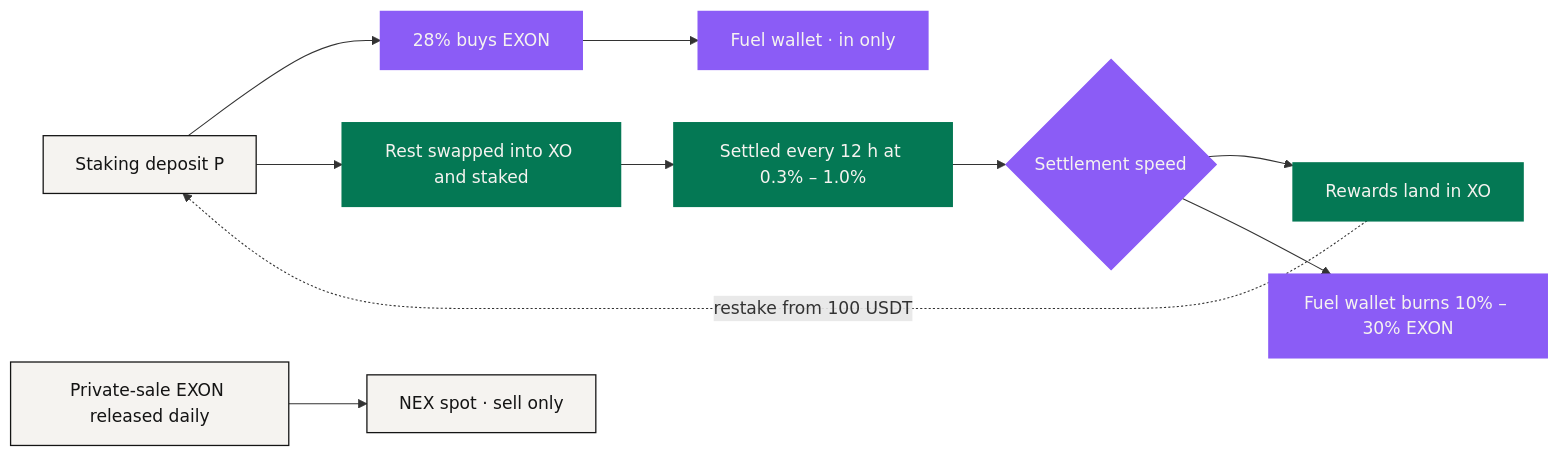
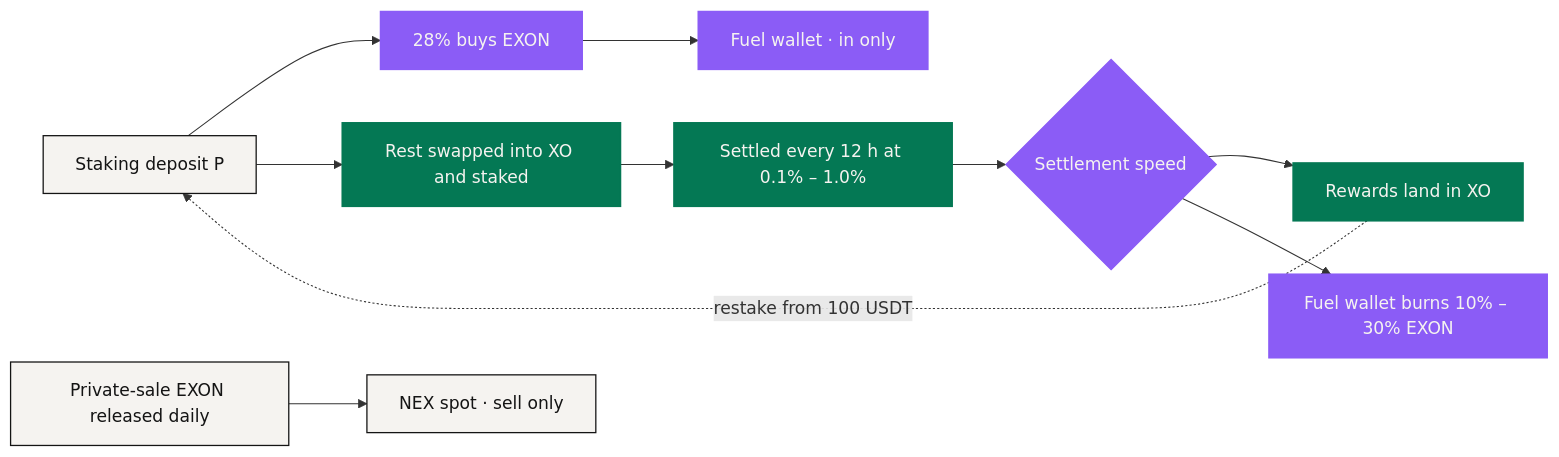
One commit to NEXONMarkets/NEXON-Whitepaper changed the diagram in docs/en/05-tokenomics/value-flows.md. Above: the diagram before and after it, drawn with Mermaid. The commit also changed other lines of this file and 32 other files, not shown here.

````diff
--- a/docs/en/05-tokenomics/value-flows.md
+++ b/docs/en/05-tokenomics/value-flows.md
@@ -68,18 +68,18 @@
 ```mermaid
 flowchart LR
     P["Staking deposit P"] --> B["28% buys EXON"]
     P --> S["Rest swapped into XO and staked"]
     B --> W["Fuel wallet · in only"]
-    S --> R["Settled every 12 h at 0.3% – 1.0%"]
+    S --> R["Settled every 12 h at 0.1% – 1.0%"]
     R --> C{"Settlement speed"}
     C --> N["Rewards land in XO"]
     C --> X["Fuel wallet burns 10% – 30% EXON"]
     N -. "restake from 100 USDT" .-> P
     V["Private-sale EXON released daily"] --> M["NEX spot · sell only"]
     classDef anchor fill:#047854,stroke:#047854,stroke-width:1.5px,color:#F5F3F0
     classDef engine fill:#8B5CF6,stroke:#8B5CF6,stroke-width:1.5px,color:#F5F3F0
     classDef solid  fill:#F5F3F0,stroke:#141414,stroke-width:1.2px,color:#141414
     class P,V,M solid
     class S,R,N anchor
     class B,W,C,X engine
 ```
````
